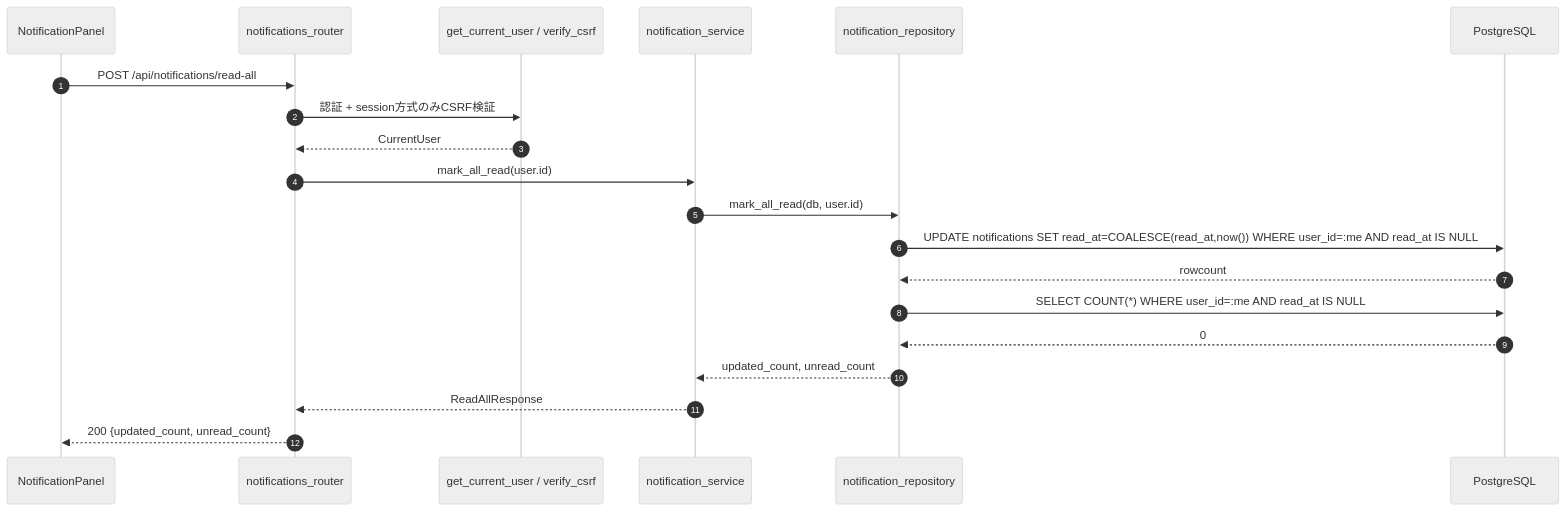
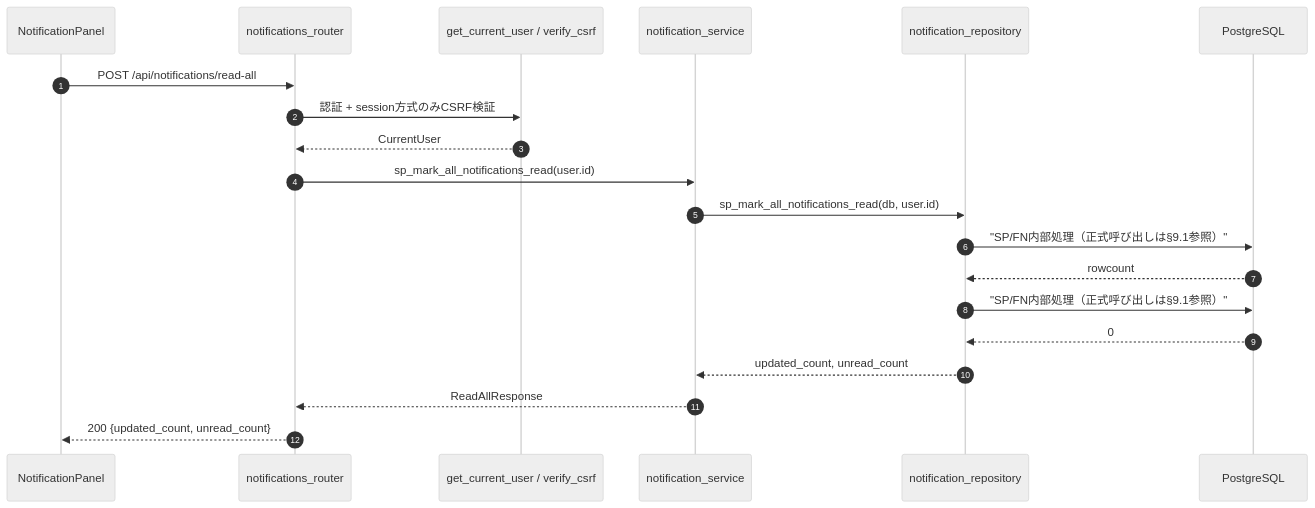
One commit to oikawa-d/task_management changed the first of 3 diagrams in detailed_design/api/notifications/04_post_notifications_read_all.md. Above: the diagram before and after it, drawn with Mermaid (neutral theme). The commit also changed other lines of this file and 58 other files, not shown here.

````diff
--- a/detailed_design/api/notifications/04_post_notifications_read_all.md
+++ b/detailed_design/api/notifications/04_post_notifications_read_all.md
@@ -49,23 +49,23 @@
 ```mermaid
 sequenceDiagram
     autonumber
     participant FE as NotificationPanel
     participant R as notifications_router
     participant D as get_current_user / verify_csrf
     participant S as notification_service
     participant NR as notification_repository
     participant PG as PostgreSQL
 
     FE->>R: POST /api/notifications/read-all
     R->>D: 認証 + session方式のみCSRF検証
     D-->>R: CurrentUser
-    R->>S: mark_all_read(user.id)
-    S->>NR: mark_all_read(db, user.id)
-    NR->>PG: UPDATE notifications SET read_at=COALESCE(read_at,now()) WHERE user_id=:me AND read_at IS NULL
+    R->>S: sp_mark_all_notifications_read(user.id)
+    S->>NR: sp_mark_all_notifications_read(db, user.id)
+    NR->>PG: "SP/FN内部処理（正式呼び出しは§9.1参照）"
     PG-->>NR: rowcount
-    NR->>PG: SELECT COUNT(*) WHERE user_id=:me AND read_at IS NULL
+    NR->>PG: "SP/FN内部処理（正式呼び出しは§9.1参照）"
     PG-->>NR: 0
     NR-->>S: updated_count, unread_count
     S-->>R: ReadAllResponse
     R-->>FE: 200 {updated_count, unread_count}
 ```
````
